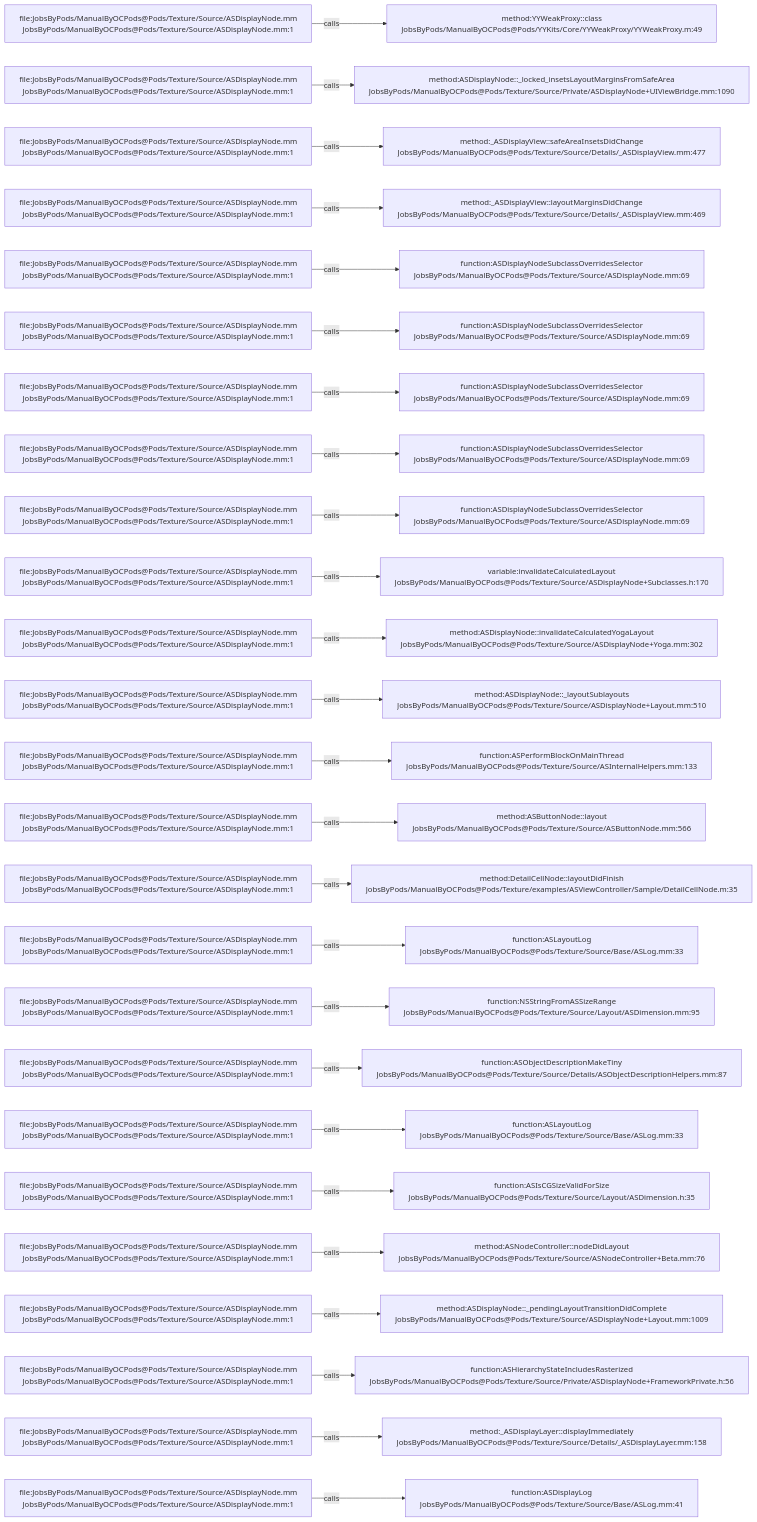
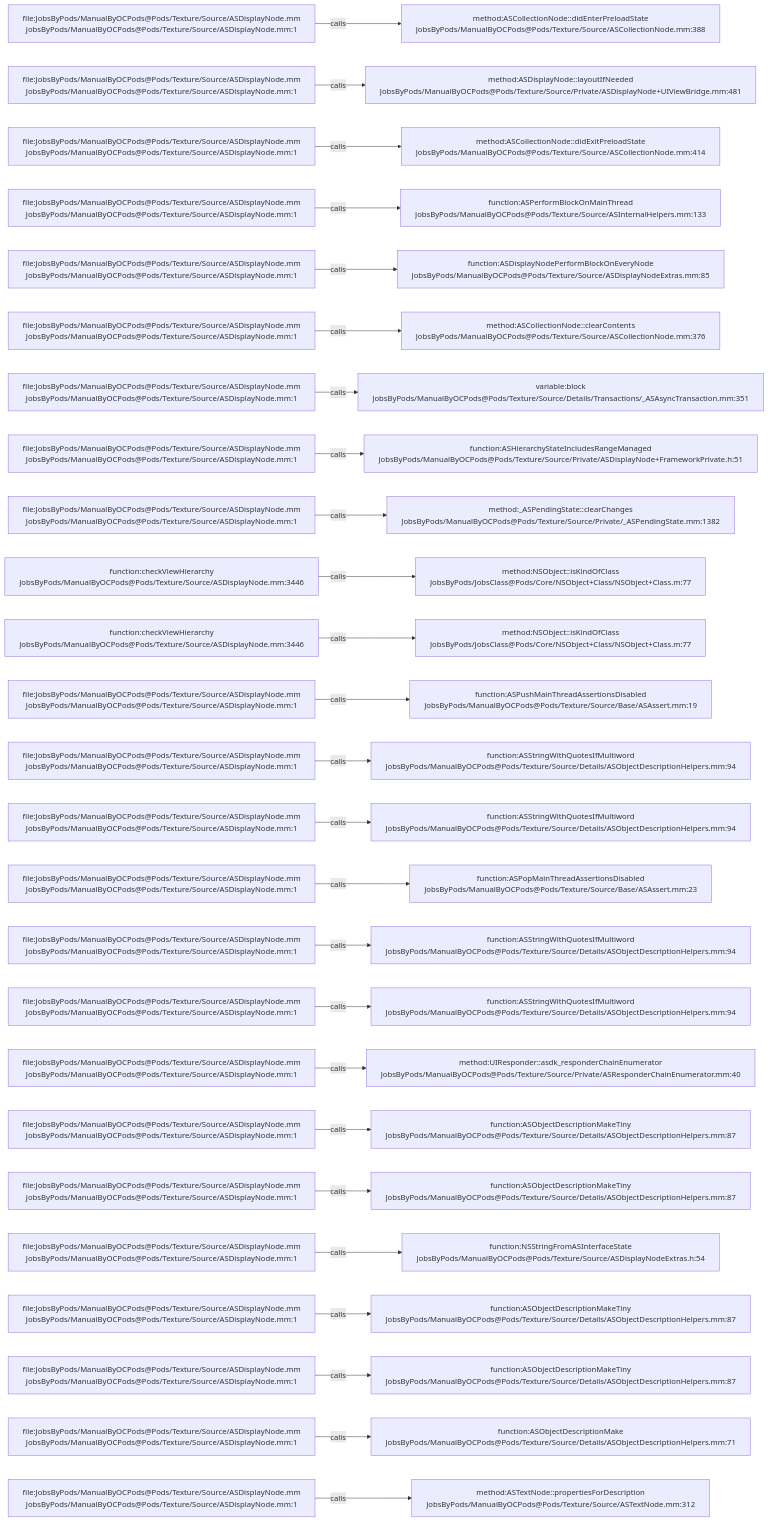
Before and after one commit to JobsKits/JobsOCBaseConfigDemo: the diagram in .codegraph/codegraph.md/graphs/calls-096.md, drawn with Mermaid. The commit also changed 1448 other files, not shown here.

````diff
--- a/.codegraph/codegraph.md/graphs/calls-096.md
+++ b/.codegraph/codegraph.md/graphs/calls-096.md
@@ -13,78 +13,78 @@
 ```mermaid
 flowchart LR
   S1["file:JobsByPods/ManualByOCPods@Pods/Texture/Source/ASDisplayNode.mm<br/>JobsByPods/ManualByOCPods@Pods/Texture/Source/ASDisplayNode.mm:1"]
-  T1["method:YYWeakProxy::class<br/>JobsByPods/ManualByOCPods@Pods/YYKits/Core/YYWeakProxy/YYWeakProxy.m:49"]
+  T1["method:ASCollectionNode::didEnterPreloadState<br/>JobsByPods/ManualByOCPods@Pods/Texture/Source/ASCollectionNode.mm:388"]
   S1 -->|calls| T1
   S2["file:JobsByPods/ManualByOCPods@Pods/Texture/Source/ASDisplayNode.mm<br/>JobsByPods/ManualByOCPods@Pods/Texture/Source/ASDisplayNode.mm:1"]
-  T2["method:ASDisplayNode::_locked_insetsLayoutMarginsFromSafeArea<br/>JobsByPods/ManualByOCPods@Pods/Texture/Source/Private/ASDisplayNode+UIViewBridge.mm:1090"]
+  T2["method:ASDisplayNode::layoutIfNeeded<br/>JobsByPods/ManualByOCPods@Pods/Texture/Source/Private/ASDisplayNode+UIViewBridge.mm:481"]
   S2 -->|calls| T2
   S3["file:JobsByPods/ManualByOCPods@Pods/Texture/Source/ASDisplayNode.mm<br/>JobsByPods/ManualByOCPods@Pods/Texture/Source/ASDisplayNode.mm:1"]
-  T3["method:_ASDisplayView::safeAreaInsetsDidChange<br/>JobsByPods/ManualByOCPods@Pods/Texture/Source/Details/_ASDisplayView.mm:477"]
+  T3["method:ASCollectionNode::didExitPreloadState<br/>JobsByPods/ManualByOCPods@Pods/Texture/Source/ASCollectionNode.mm:414"]
   S3 -->|calls| T3
   S4["file:JobsByPods/ManualByOCPods@Pods/Texture/Source/ASDisplayNode.mm<br/>JobsByPods/ManualByOCPods@Pods/Texture/Source/ASDisplayNode.mm:1"]
-  T4["method:_ASDisplayView::layoutMarginsDidChange<br/>JobsByPods/ManualByOCPods@Pods/Texture/Source/Details/_ASDisplayView.mm:469"]
+  T4["function:ASPerformBlockOnMainThread<br/>JobsByPods/ManualByOCPods@Pods/Texture/Source/ASInternalHelpers.mm:133"]
   S4 -->|calls| T4
   S5["file:JobsByPods/ManualByOCPods@Pods/Texture/Source/ASDisplayNode.mm<br/>JobsByPods/ManualByOCPods@Pods/Texture/Source/ASDisplayNode.mm:1"]
-  T5["function:ASDisplayNodeSubclassOverridesSelector<br/>JobsByPods/ManualByOCPods@Pods/Texture/Source/ASDisplayNode.mm:69"]
+  T5["function:ASDisplayNodePerformBlockOnEveryNode<br/>JobsByPods/ManualByOCPods@Pods/Texture/Source/ASDisplayNodeExtras.mm:85"]
   S5 -->|calls| T5
   S6["file:JobsByPods/ManualByOCPods@Pods/Texture/Source/ASDisplayNode.mm<br/>JobsByPods/ManualByOCPods@Pods/Texture/Source/ASDisplayNode.mm:1"]
-  T6["function:ASDisplayNodeSubclassOverridesSelector<br/>JobsByPods/ManualByOCPods@Pods/Texture/Source/ASDisplayNode.mm:69"]
+  T6["method:ASCollectionNode::clearContents<br/>JobsByPods/ManualByOCPods@Pods/Texture/Source/ASCollectionNode.mm:376"]
   S6 -->|calls| T6
   S7["file:JobsByPods/ManualByOCPods@Pods/Texture/Source/ASDisplayNode.mm<br/>JobsByPods/ManualByOCPods@Pods/Texture/Source/ASDisplayNode.mm:1"]
-  T7["function:ASDisplayNodeSubclassOverridesSelector<br/>JobsByPods/ManualByOCPods@Pods/Texture/Source/ASDisplayNode.mm:69"]
+  T7["variable:block<br/>JobsByPods/ManualByOCPods@Pods/Texture/Source/Details/Transactions/_ASAsyncTransaction.mm:351"]
   S7 -->|calls| T7
   S8["file:JobsByPods/ManualByOCPods@Pods/Texture/Source/ASDisplayNode.mm<br/>JobsByPods/ManualByOCPods@Pods/Texture/Source/ASDisplayNode.mm:1"]
-  T8["function:ASDisplayNodeSubclassOverridesSelector<br/>JobsByPods/ManualByOCPods@Pods/Texture/Source/ASDisplayNode.mm:69"]
+  T8["function:ASHierarchyStateIncludesRangeManaged<br/>JobsByPods/ManualByOCPods@Pods/Texture/Source/Private/ASDisplayNode+FrameworkPrivate.h:51"]
   S8 -->|calls| T8
   S9["file:JobsByPods/ManualByOCPods@Pods/Texture/Source/ASDisplayNode.mm<br/>JobsByPods/ManualByOCPods@Pods/Texture/Source/ASDisplayNode.mm:1"]
-  T9["function:ASDisplayNodeSubclassOverridesSelector<br/>JobsByPods/ManualByOCPods@Pods/Texture/Source/ASDisplayNode.mm:69"]
+  T9["method:_ASPendingState::clearChanges<br/>JobsByPods/ManualByOCPods@Pods/Texture/Source/Private/_ASPendingState.mm:1382"]
   S9 -->|calls| T9
-  S10["file:JobsByPods/ManualByOCPods@Pods/Texture/Source/ASDisplayNode.mm<br/>JobsByPods/ManualByOCPods@Pods/Texture/Source/ASDisplayNode.mm:1"]
-  T10["variable:invalidateCalculatedLayout<br/>JobsByPods/ManualByOCPods@Pods/Texture/Source/ASDisplayNode+Subclasses.h:170"]
+  S10["function:checkViewHierarchy<br/>JobsByPods/ManualByOCPods@Pods/Texture/Source/ASDisplayNode.mm:3446"]
+  T10["method:NSObject::isKindOfClass<br/>JobsByPods/JobsClass@Pods/Core/NSObject+Class/NSObject+Class.m:77"]
   S10 -->|calls| T10
-  S11["file:JobsByPods/ManualByOCPods@Pods/Texture/Source/ASDisplayNode.mm<br/>JobsByPods/ManualByOCPods@Pods/Texture/Source/ASDisplayNode.mm:1"]
-  T11["method:ASDisplayNode::invalidateCalculatedYogaLayout<br/>JobsByPods/ManualByOCPods@Pods/Texture/Source/ASDisplayNode+Yoga.mm:302"]
+  S11["function:checkViewHierarchy<br/>JobsByPods/ManualByOCPods@Pods/Texture/Source/ASDisplayNode.mm:3446"]
+  T11["method:NSObject::isKindOfClass<br/>JobsByPods/JobsClass@Pods/Core/NSObject+Class/NSObject+Class.m:77"]
   S11 -->|calls| T11
   S12["file:JobsByPods/ManualByOCPods@Pods/Texture/Source/ASDisplayNode.mm<br/>JobsByPods/ManualByOCPods@Pods/Texture/Source/ASDisplayNode.mm:1"]
-  T12["method:ASDisplayNode::_layoutSublayouts<br/>JobsByPods/ManualByOCPods@Pods/Texture/Source/ASDisplayNode+Layout.mm:510"]
+  T12["function:ASPushMainThreadAssertionsDisabled<br/>JobsByPods/ManualByOCPods@Pods/Texture/Source/Base/ASAssert.mm:19"]
   S12 -->|calls| T12
   S13["file:JobsByPods/ManualByOCPods@Pods/Texture/Source/ASDisplayNode.mm<br/>JobsByPods/ManualByOCPods@Pods/Texture/Source/ASDisplayNode.mm:1"]
-  T13["function:ASPerformBlockOnMainThread<br/>JobsByPods/ManualByOCPods@Pods/Texture/Source/ASInternalHelpers.mm:133"]
+  T13["function:ASStringWithQuotesIfMultiword<br/>JobsByPods/ManualByOCPods@Pods/Texture/Source/Details/ASObjectDescriptionHelpers.mm:94"]
   S13 -->|calls| T13
   S14["file:JobsByPods/ManualByOCPods@Pods/Texture/Source/ASDisplayNode.mm<br/>JobsByPods/ManualByOCPods@Pods/Texture/Source/ASDisplayNode.mm:1"]
-  T14["method:ASButtonNode::layout<br/>JobsByPods/ManualByOCPods@Pods/Texture/Source/ASButtonNode.mm:566"]
+  T14["function:ASStringWithQuotesIfMultiword<br/>JobsByPods/ManualByOCPods@Pods/Texture/Source/Details/ASObjectDescriptionHelpers.mm:94"]
   S14 -->|calls| T14
   S15["file:JobsByPods/ManualByOCPods@Pods/Texture/Source/ASDisplayNode.mm<br/>JobsByPods/ManualByOCPods@Pods/Texture/Source/ASDisplayNode.mm:1"]
-  T15["method:DetailCellNode::layoutDidFinish<br/>JobsByPods/ManualByOCPods@Pods/Texture/examples/ASViewController/Sample/DetailCellNode.m:35"]
+  T15["function:ASPopMainThreadAssertionsDisabled<br/>JobsByPods/ManualByOCPods@Pods/Texture/Source/Base/ASAssert.mm:23"]
   S15 -->|calls| T15
   S16["file:JobsByPods/ManualByOCPods@Pods/Texture/Source/ASDisplayNode.mm<br/>JobsByPods/ManualByOCPods@Pods/Texture/Source/ASDisplayNode.mm:1"]
-  T16["function:ASLayoutLog<br/>JobsByPods/ManualByOCPods@Pods/Texture/Source/Base/ASLog.mm:33"]
+  T16["function:ASStringWithQuotesIfMultiword<br/>JobsByPods/ManualByOCPods@Pods/Texture/Source/Details/ASObjectDescriptionHelpers.mm:94"]
   S16 -->|calls| T16
   S17["file:JobsByPods/ManualByOCPods@Pods/Texture/Source/ASDisplayNode.mm<br/>JobsByPods/ManualByOCPods@Pods/Texture/Source/ASDisplayNode.mm:1"]
-  T17["function:NSStringFromASSizeRange<br/>JobsByPods/ManualByOCPods@Pods/Texture/Source/Layout/ASDimension.mm:95"]
+  T17["function:ASStringWithQuotesIfMultiword<br/>JobsByPods/ManualByOCPods@Pods/Texture/Source/Details/ASObjectDescriptionHelpers.mm:94"]
   S17 -->|calls| T17
   S18["file:JobsByPods/ManualByOCPods@Pods/Texture/Source/ASDisplayNode.mm<br/>JobsByPods/ManualByOCPods@Pods/Texture/Source/ASDisplayNode.mm:1"]
-  T18["function:ASObjectDescriptionMakeTiny<br/>JobsByPods/ManualByOCPods@Pods/Texture/Source/Details/ASObjectDescriptionHelpers.mm:87"]
+  T18["method:UIResponder::asdk_responderChainEnumerator<br/>JobsByPods/ManualByOCPods@Pods/Texture/Source/Private/ASResponderChainEnumerator.mm:40"]
   S18 -->|calls| T18
   S19["file:JobsByPods/ManualByOCPods@Pods/Texture/Source/ASDisplayNode.mm<br/>JobsByPods/ManualByOCPods@Pods/Texture/Source/ASDisplayNode.mm:1"]
-  T19["function:ASLayoutLog<br/>JobsByPods/ManualByOCPods@Pods/Texture/Source/Base/ASLog.mm:33"]
+  T19["function:ASObjectDescriptionMakeTiny<br/>JobsByPods/ManualByOCPods@Pods/Texture/Source/Details/ASObjectDescriptionHelpers.mm:87"]
   S19 -->|calls| T19
   S20["file:JobsByPods/ManualByOCPods@Pods/Texture/Source/ASDisplayNode.mm<br/>JobsByPods/ManualByOCPods@Pods/Texture/Source/ASDisplayNode.mm:1"]
-  T20["function:ASIsCGSizeValidForSize<br/>JobsByPods/ManualByOCPods@Pods/Texture/Source/Layout/ASDimension.h:35"]
+  T20["function:ASObjectDescriptionMakeTiny<br/>JobsByPods/ManualByOCPods@Pods/Texture/Source/Details/ASObjectDescriptionHelpers.mm:87"]
   S20 -->|calls| T20
   S21["file:JobsByPods/ManualByOCPods@Pods/Texture/Source/ASDisplayNode.mm<br/>JobsByPods/ManualByOCPods@Pods/Texture/Source/ASDisplayNode.mm:1"]
-  T21["method:ASNodeController::nodeDidLayout<br/>JobsByPods/ManualByOCPods@Pods/Texture/Source/ASNodeController+Beta.mm:76"]
+  T21["function:NSStringFromASInterfaceState<br/>JobsByPods/ManualByOCPods@Pods/Texture/Source/ASDisplayNodeExtras.h:54"]
   S21 -->|calls| T21
   S22["file:JobsByPods/ManualByOCPods@Pods/Texture/Source/ASDisplayNode.mm<br/>JobsByPods/ManualByOCPods@Pods/Texture/Source/ASDisplayNode.mm:1"]
-  T22["method:ASDisplayNode::_pendingLayoutTransitionDidComplete<br/>JobsByPods/ManualByOCPods@Pods/Texture/Source/ASDisplayNode+Layout.mm:1009"]
+  T22["function:ASObjectDescriptionMakeTiny<br/>JobsByPods/ManualByOCPods@Pods/Texture/Source/Details/ASObjectDescriptionHelpers.mm:87"]
   S22 -->|calls| T22
   S23["file:JobsByPods/ManualByOCPods@Pods/Texture/Source/ASDisplayNode.mm<br/>JobsByPods/ManualByOCPods@Pods/Texture/Source/ASDisplayNode.mm:1"]
-  T23["function:ASHierarchyStateIncludesRasterized<br/>JobsByPods/ManualByOCPods@Pods/Texture/Source/Private/ASDisplayNode+FrameworkPrivate.h:56"]
+  T23["function:ASObjectDescriptionMakeTiny<br/>JobsByPods/ManualByOCPods@Pods/Texture/Source/Details/ASObjectDescriptionHelpers.mm:87"]
   S23 -->|calls| T23
   S24["file:JobsByPods/ManualByOCPods@Pods/Texture/Source/ASDisplayNode.mm<br/>JobsByPods/ManualByOCPods@Pods/Texture/Source/ASDisplayNode.mm:1"]
-  T24["method:_ASDisplayLayer::displayImmediately<br/>JobsByPods/ManualByOCPods@Pods/Texture/Source/Details/_ASDisplayLayer.mm:158"]
+  T24["function:ASObjectDescriptionMake<br/>JobsByPods/ManualByOCPods@Pods/Texture/Source/Details/ASObjectDescriptionHelpers.mm:71"]
   S24 -->|calls| T24
   S25["file:JobsByPods/ManualByOCPods@Pods/Texture/Source/ASDisplayNode.mm<br/>JobsByPods/ManualByOCPods@Pods/Texture/Source/ASDisplayNode.mm:1"]
-  T25["function:ASDisplayLog<br/>JobsByPods/ManualByOCPods@Pods/Texture/Source/Base/ASLog.mm:41"]
+  T25["method:ASTextNode::propertiesForDescription<br/>JobsByPods/ManualByOCPods@Pods/Texture/Source/ASTextNode.mm:312"]
   S25 -->|calls| T25
 ```
````
